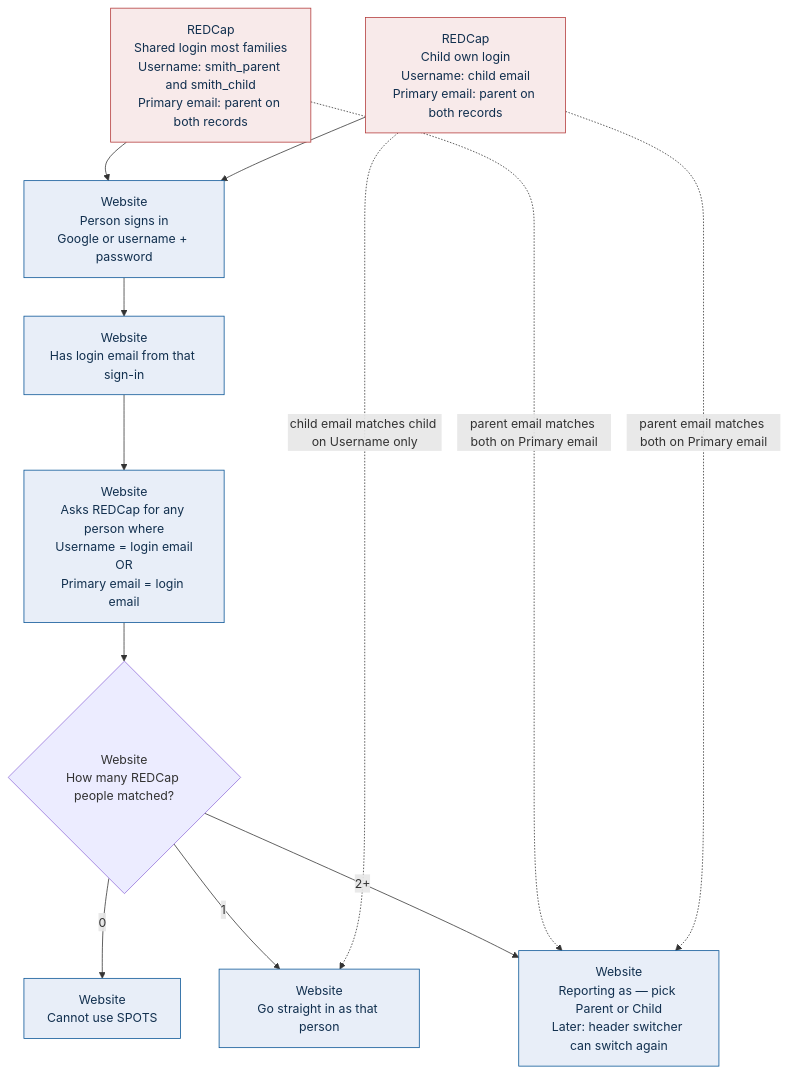
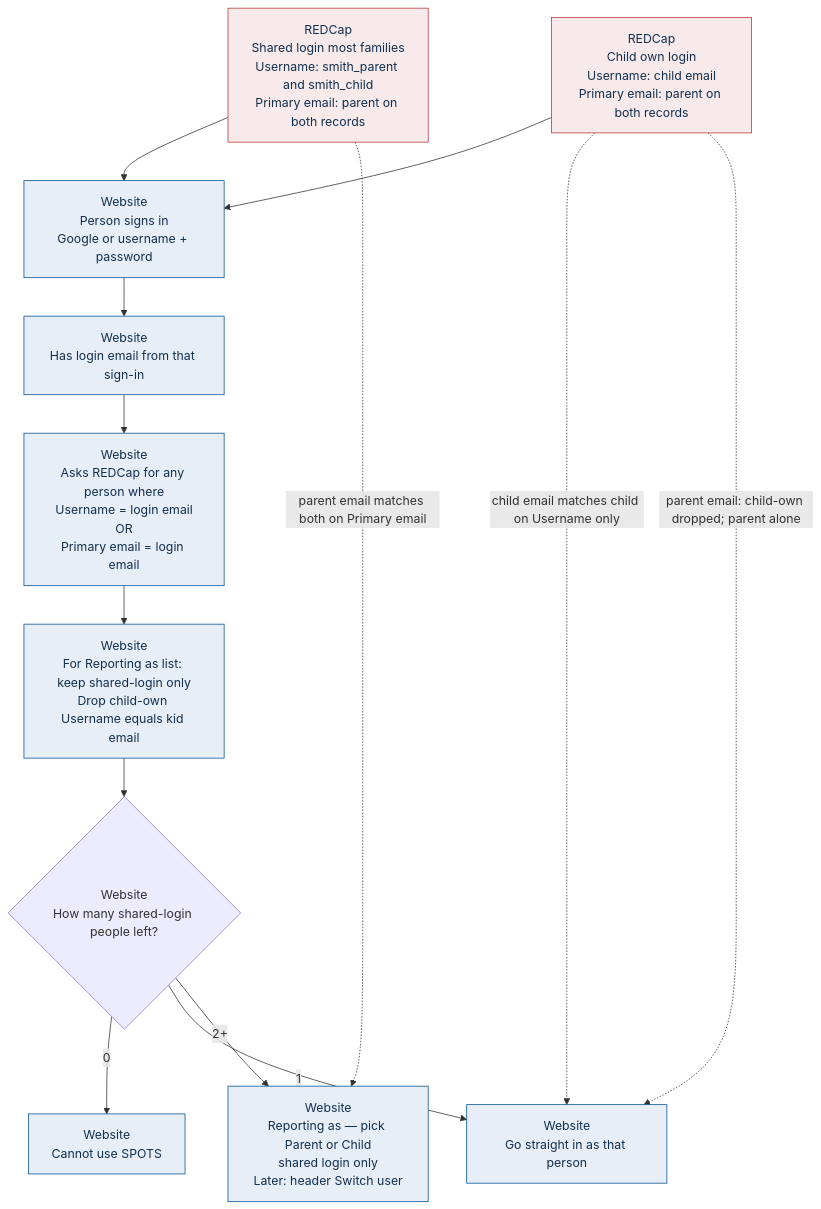
Before and after one commit to luukee/SpotsTutorial: the diagram in public/docs/login-decision.mmd, drawn with Mermaid. The commit also changed 1 other file, not shown here.

Commit message:
Clarify child-own login skips Reporting as on parent sign-in.
Update the login-decision chart and family setup copy so staff know Reporting as is shared-login only.

```diff
--- a/public/docs/login-decision.mmd
+++ b/public/docs/login-decision.mmd
@@ -1,28 +1,30 @@
 %% Editable source for login-decision.html
 %% Username before Primary email (same order as website signup).
 %% Each node: bold Where heading (REDCap / Website) with bottom border, then step text.
 %% Variable key lives in login-decision.html (top-right of #diagram-wrap).
+%% Reporting as = shared Cognito login only; child-own kids are dropped from that picker.
 flowchart TD
   S1["<div class='step-where'>REDCap</div>Shared login most families<br/>Username: smith_parent and smith_child<br/>Primary email: parent on both records"]
   S2["<div class='step-where'>REDCap</div>Child own login<br/>Username: child email<br/>Primary email: parent on both records"]
 
   S1 --> START
   S2 --> START
 
   START["<div class='step-where'>Website</div>Person signs in<br/>Google or username + password"]
   START --> EMAIL["<div class='step-where'>Website</div>Has login email from that sign-in"]
   EMAIL --> LOOKUP["<div class='step-where'>Website</div>Asks REDCap for any person where<br/>Username = login email<br/>OR<br/>Primary email = login email"]
-  LOOKUP --> Q{"<div class='step-where'>Website</div>How many REDCap people matched?"}
+  LOOKUP --> FILTER["<div class='step-where'>Website</div>For Reporting as list: keep shared-login only<br/>Drop child-own Username equals kid email"]
+  FILTER --> Q{"<div class='step-where'>Website</div>How many shared-login people left?"}
 
   Q -->|0| NONE["<div class='step-where'>Website</div>Cannot use SPOTS"]
   Q -->|1| ONE["<div class='step-where'>Website</div>Go straight in as that person"]
-  Q -->|2+| MANY["<div class='step-where'>Website</div>Reporting as — pick Parent or Child<br/>Later: header switcher can switch again"]
+  Q -->|2+| MANY["<div class='step-where'>Website</div>Reporting as — pick Parent or Child<br/>shared login only<br/>Later: header Switch user"]
 
   S1 -.->|parent email matches both on Primary email| MANY
   S2 -.->|child email matches child on Username only| ONE
-  S2 -.->|parent email matches both on Primary email| MANY
+  S2 -.->|parent email: child-own dropped; parent alone| ONE
 
   classDef redcap fill:#f8eaea,stroke:#b33a3a,color:#12304f
   classDef website fill:#e8eef8,stroke:#065395,color:#12304f
   class S1,S2 redcap
-  class START,EMAIL,LOOKUP,NONE,ONE,MANY website
+  class START,EMAIL,LOOKUP,FILTER,NONE,ONE,MANY website
```
